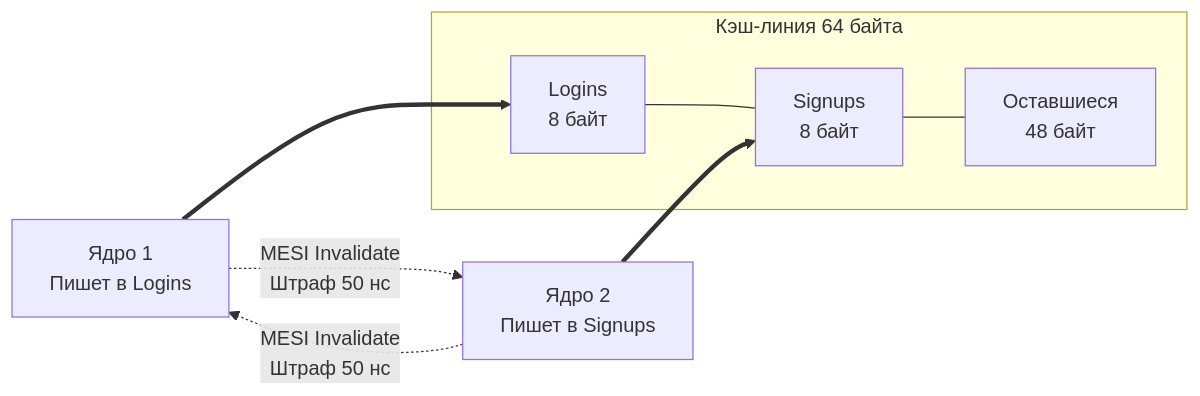
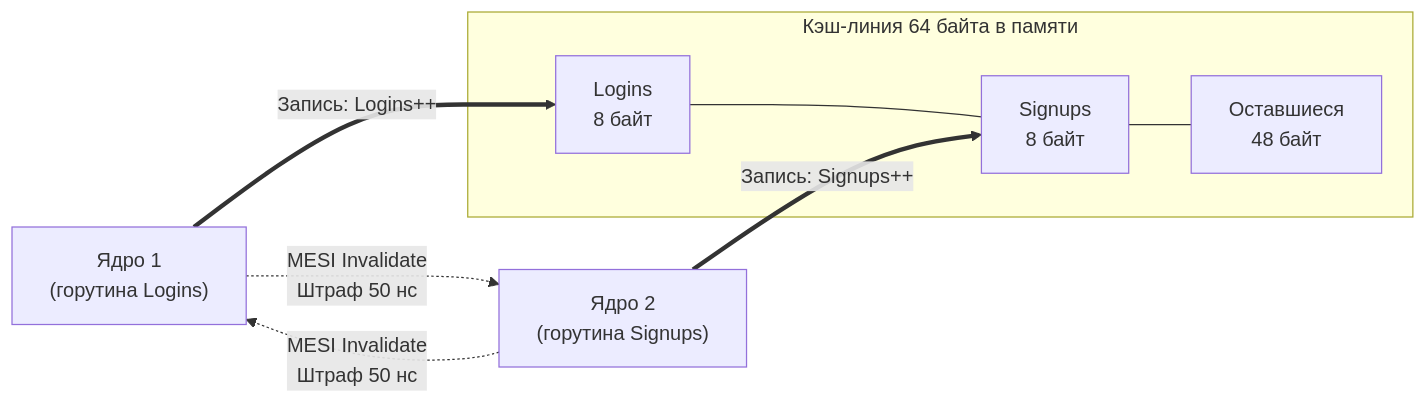
The diagram in sources/1. Архитектура компьютера/21. False Sharing и Cache Line Contention.md (UnrealTemplier/go-textbook), drawn with Mermaid before and after one commit. The commit also changed other lines of this file, not shown here.

Commit message:
feat(module-01): editorial rewrite of Article 21 (False Sharing and Cache Line Contention) in Kernighan style

````diff
--- a/sources/1. Архитектура компьютера/21. False Sharing и Cache Line Contention.md
+++ b/sources/1. Архитектура компьютера/21. False Sharing и Cache Line Contention.md
@@ -33,12 +34,12 @@
 ```mermaid
 flowchart LR
-    subgraph Кэш-линия 64 байта
+    subgraph Line["Кэш-линия 64 байта в памяти"]
         L["Logins<br>8 байт"] --- S["Signups<br>8 байт"] --- Мусор["Оставшиеся<br>48 байт"]
     end
 
-    Core1["Ядро 1<br>Пишет в Logins"] -.->|"MESI Invalidate<br>Штраф 50 нс"| Core2
-    Core2["Ядро 2<br>Пишет в Signups"] -.->|"MESI Invalidate<br>Штраф 50 нс"| Core1
+    Core1["Ядро 1<br>(горутина Logins)"] -.->|"MESI Invalidate<br>Штраф 50 нс"| Core2["Ядро 2<br>(горутина Signups)"]
+    Core2 -.->|"MESI Invalidate<br>Штраф 50 нс"| Core1
     
-    Core1 ==> L
-    Core2 ==> S
+    Core1 ==>|"Запись: Logins++"| L
+    Core2 ==>|"Запись: Signups++"| S
 ```
````
